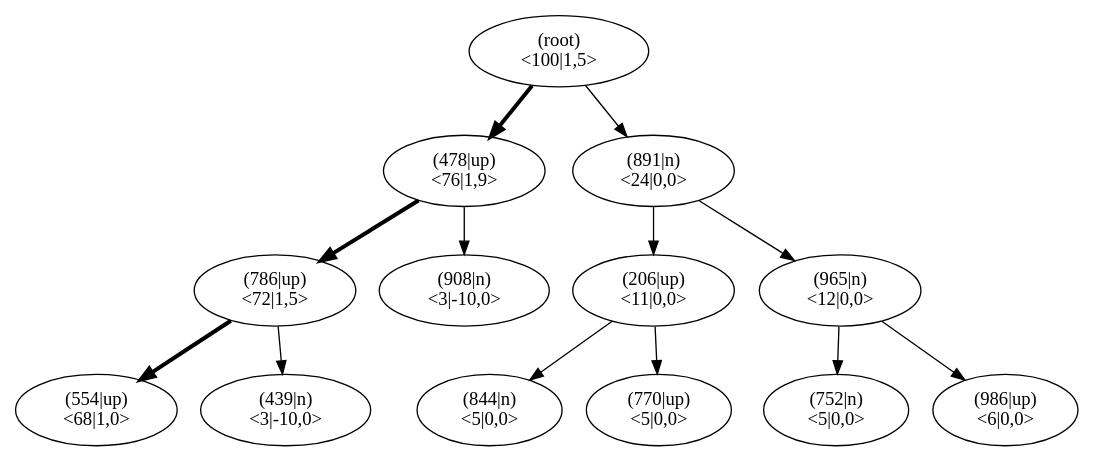
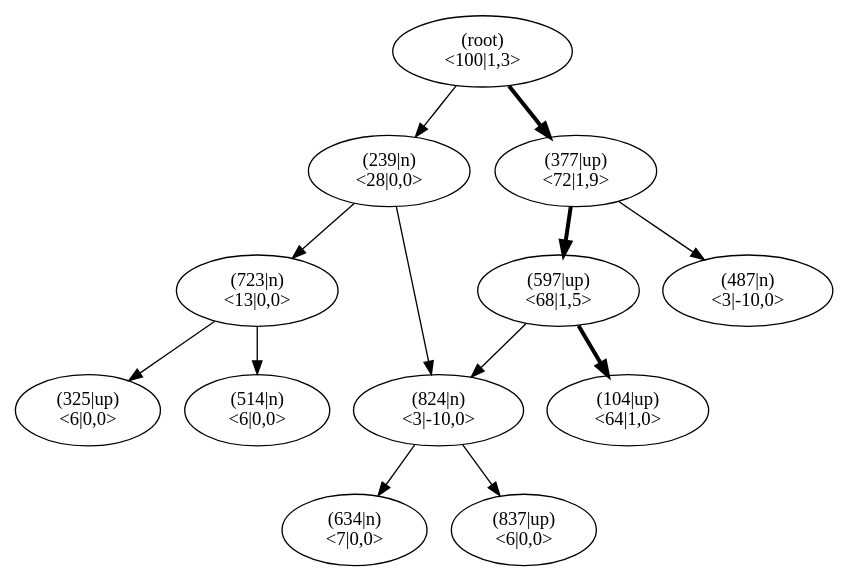
The diagram in pictures/ch13/climb_mctsHUNDREDiterHIGHEXP_NOTDEFBACKUP.dot (JonasHellgren/relexp-java), drawn with Graphviz before and after one commit. The commit also changed 52 other files, not shown here.

```diff
--- a/pictures/ch13/climb_mctsHUNDREDiterHIGHEXP_NOTDEFBACKUP.dot
+++ b/pictures/ch13/climb_mctsHUNDREDiterHIGHEXP_NOTDEFBACKUP.dot
@@ -1,41 +1,41 @@
 digraph MCTS {
 node [shape=ellipse];
 Nroot [label="(root)
-<100|1,5>"];
-Nroot -> N478[penwidth=3];
-N478 [label="(478|up)
-<76|1,9>"];
-N478 -> N786[penwidth=3];
-N786 [label="(786|up)
-<72|1,5>"];
-N786 -> N554[penwidth=3];
-N554 [label="(554|up)
-<68|1,0>"];
-N786 -> N439[penwidth=1];
-N439 [label="(439|n)
+<100|1,3>"];
+Nroot -> N239[penwidth=1];
+N239 [label="(239|n)
+<28|0,0>"];
+N239 -> N723[penwidth=1];
+N723 [label="(723|n)
+<13|0,0>"];
+N723 -> N325[penwidth=1];
+N325 [label="(325|up)
+<6|0,0>"];
+N723 -> N514[penwidth=1];
+N514 [label="(514|n)
+<6|0,0>"];
+N239 -> N824[penwidth=1];
+N824 [label="(824|up)
+<14|0,0>"];
+N824 -> N634[penwidth=1];
+N634 [label="(634|n)
+<7|0,0>"];
+N824 -> N837[penwidth=1];
+N837 [label="(837|up)
+<6|0,0>"];
+Nroot -> N377[penwidth=3];
+N377 [label="(377|up)
+<72|1,9>"];
+N377 -> N597[penwidth=3];
+N597 [label="(597|up)
+<68|1,5>"];
+N597 -> N824[penwidth=1];
+N824 [label="(824|n)
 <3|-10,0>"];
-N478 -> N908[penwidth=1];
-N908 [label="(908|n)
+N597 -> N104[penwidth=3];
+N104 [label="(104|up)
+<64|1,0>"];
+N377 -> N487[penwidth=1];
+N487 [label="(487|n)
 <3|-10,0>"];
-Nroot -> N891[penwidth=1];
-N891 [label="(891|n)
-<24|0,0>"];
-N891 -> N206[penwidth=1];
-N206 [label="(206|up)
-<11|0,0>"];
-N206 -> N844[penwidth=1];
-N844 [label="(844|n)
-<5|0,0>"];
-N206 -> N770[penwidth=1];
-N770 [label="(770|up)
-<5|0,0>"];
-N891 -> N965[penwidth=1];
-N965 [label="(965|n)
-<12|0,0>"];
-N965 -> N752[penwidth=1];
-N752 [label="(752|n)
-<5|0,0>"];
-N965 -> N986[penwidth=1];
-N986 [label="(986|up)
-<6|0,0>"];
 }
```
